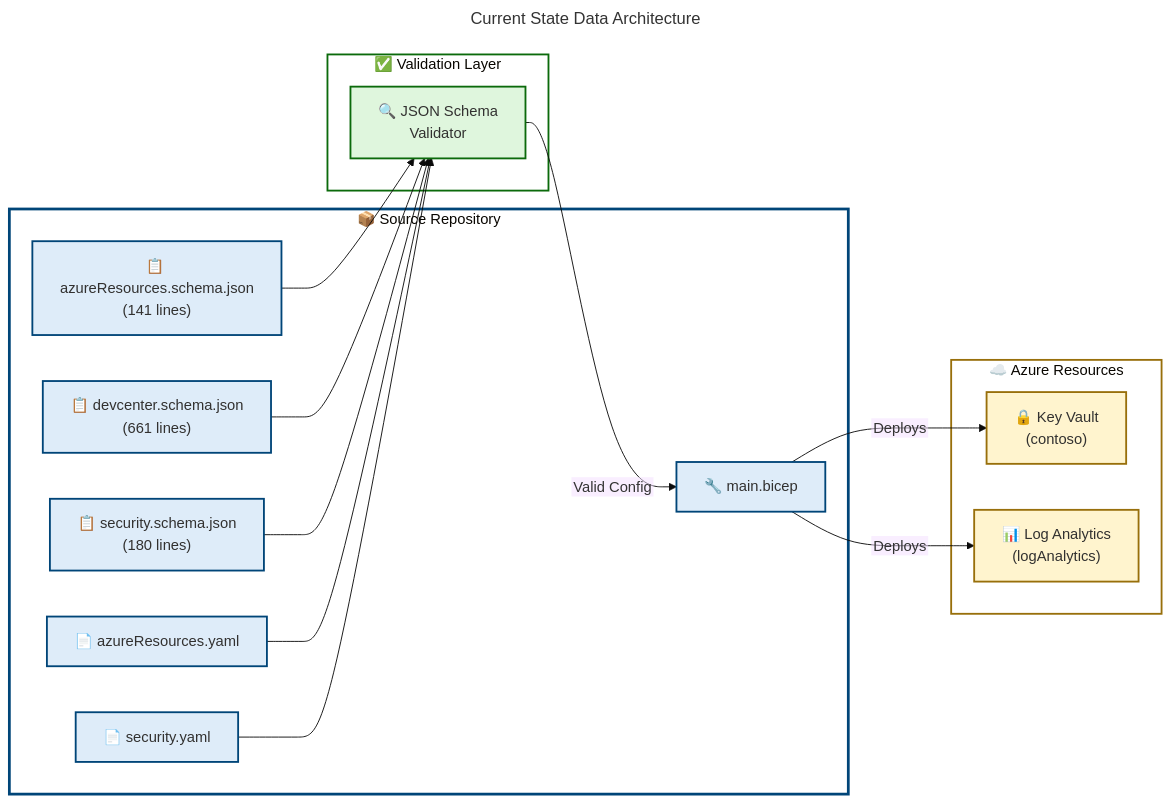
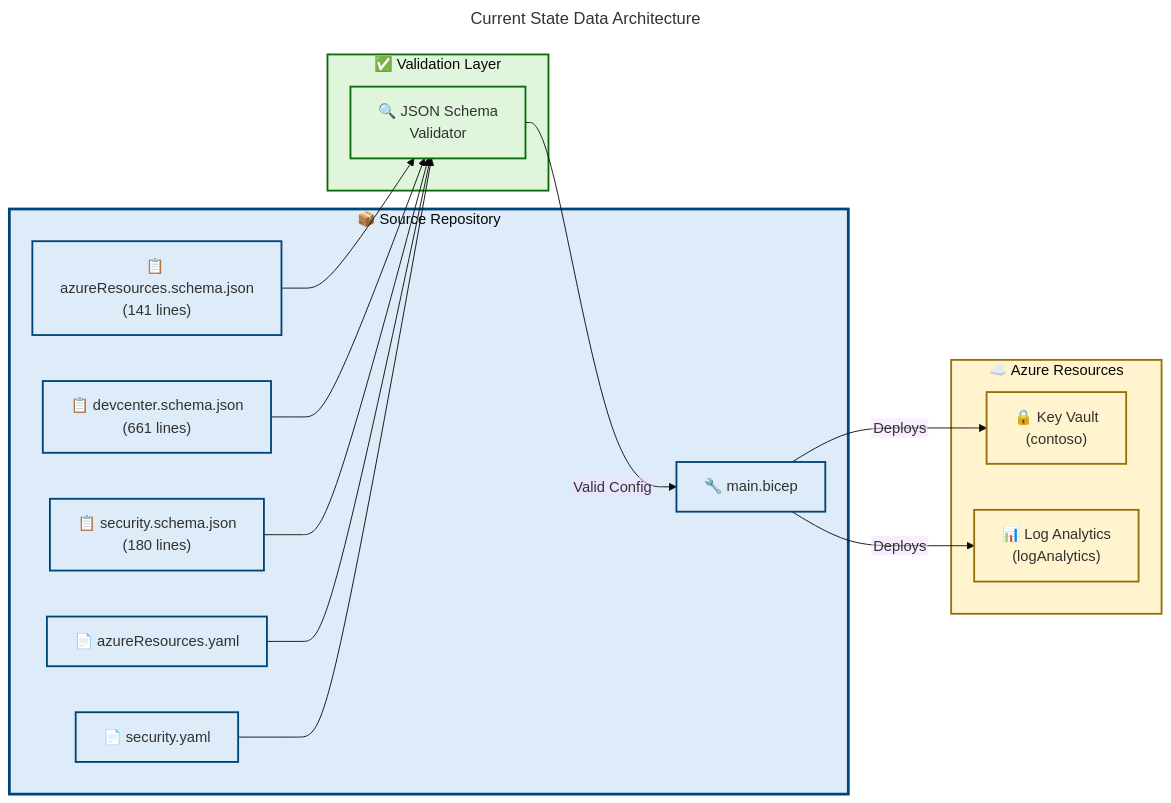
The third of 6 diagrams in docs/architecture/Data-Architecture.md (Evilazaro/DevExp-DevBox), drawn with Mermaid before and after one commit.

Commit message:
fix: update flowchart colors for improved semantic clarity in Data Architecture documentation

````diff
--- a/docs/architecture/Data-Architecture.md
+++ b/docs/architecture/Data-Architecture.md
@@ -312,79 +312,80 @@
 ```mermaid
 ---
 title: Current State Data Architecture
 config:
   theme: base
   themeVariables:
     fontSize: '16px'
   flowchart:
     htmlLabels: false
     curve: basis
     nodeSpacing: 50
     rankSpacing: 50
 ---
 flowchart LR
     accTitle: Current State Data Architecture Diagram
     accDescr: Comprehensive diagram showing current data architecture with source repository containing schemas and models, validation layer for schema validation, and Azure resources including Key Vault and Log Analytics with deployment relationships
 
     %% ═══════════════════════════════════════════════════════════════════════════
     %% AZURE / FLUENT ARCHITECTURE PATTERN v1.1
     %% (Semantic + Structural + Font + Accessibility Governance)
     %% ═══════════════════════════════════════════════════════════════════════════
     %% PHASE 1 - STRUCTURAL: LR direction explicit, 3 subgraphs representing layers
     %% PHASE 2 - SEMANTIC: 3 semantic colors with data flow justification:
     %%   azureBlue (#DEECF9) = source/configuration layer (information)
     %%   successGreen (#DFF6DD) = validation layer (quality gate)
     %%   sharedYellow (#FFF4CE) = Azure resources (deployment target)
     %% PHASE 3 - FONT: Dark text #323130 on light backgrounds (WCAG AA 4.5:1 contrast)
     %% PHASE 4 - ACCESSIBILITY: accTitle/accDescr present, all nodes have emoji icons
     %% PHASE 5 - STANDARD: 3 subgraphs at same level, semantic colors on content nodes
     %% ═══════════════════════════════════════════════════════════════════════════
 
     subgraph source["📦 Source Repository"]
         S1["📋 azureResources.schema.json<br/>(141 lines)"]:::azureBlue
         S2["📋 devcenter.schema.json<br/>(661 lines)"]:::azureBlue
         S3["📋 security.schema.json<br/>(180 lines)"]:::azureBlue
         M1["📄 azureResources.yaml"]:::azureBlue
         M2["📄 security.yaml"]:::azureBlue
         M3["🔧 main.bicep"]:::azureBlue
     end
 
     subgraph validation["✅ Validation Layer"]
         V1["🔍 JSON Schema<br/>Validator"]:::successGreen
     end
 
     subgraph azure["☁️ Azure Resources"]
         A1["🔒 Key Vault<br/>(contoso)"]:::sharedYellow
         A2["📊 Log Analytics<br/>(logAnalytics)"]:::sharedYellow
     end
 
     S1 --> V1
     S2 --> V1
     S3 --> V1
     M1 --> V1
     M2 --> V1
     V1 -->|Valid Config| M3
     M3 -->|Deploys| A1
     M3 -->|Deploys| A2
 
     %% Required classDef palette (ALL 14 - MANDATORY per MRM-D002)
     classDef level1Group fill:#FFFFFF,stroke:#605E5C,stroke-width:3px,color:#323130
     classDef level2Group fill:#F3F2F1,stroke:#605E5C,stroke-width:2px,color:#323130
     classDef level3Group fill:#E1DFDD,stroke:#605E5C,stroke-width:2px,color:#323130
     classDef level4Group fill:#D2D0CE,stroke:#605E5C,stroke-width:1px,color:#323130
     classDef mainGroup fill:#FFFFFF,stroke:#605E5C,stroke-width:3px,color:#323130
     classDef subGroup fill:#F3F2F1,stroke:#605E5C,stroke-width:2px,color:#323130
     classDef azureBlue fill:#DEECF9,stroke:#004578,stroke-width:2px,color:#323130
     classDef successGreen fill:#DFF6DD,stroke:#0B6A0B,stroke-width:2px,color:#323130
     classDef errorRed fill:#FDE7E9,stroke:#A4262C,stroke-width:2px,color:#323130
     classDef sharedYellow fill:#FFF4CE,stroke:#986F0B,stroke-width:2px,color:#323130
     classDef warningOrange fill:#FDE7E9,stroke:#8A3707,stroke-width:2px,color:#323130
     classDef neutralPurple fill:#E1DFDD,stroke:#5B5FC7,stroke-width:2px,color:#323130
     classDef presenceTeal fill:#C8F0E7,stroke:#00666B,stroke-width:2px,color:#323130
     classDef neutralGrey fill:#F3F2F1,stroke:#605E5C,stroke-width:2px,color:#323130
 
     %% Subgraph styling (3 subgraphs = 3 style directives)
-    style source fill:#FFFFFF,stroke:#004578,stroke-width:3px
-    style validation fill:#FFFFFF,stroke:#0B6A0B,stroke-width:2px
-    style azure fill:#FFFFFF,stroke:#986F0B,stroke-width:2px
+    %% CRITICAL: Functional siblings use semantic colors matching content purpose
+    style source fill:#DEECF9,stroke:#004578,stroke-width:3px
+    style validation fill:#DFF6DD,stroke:#0B6A0B,stroke-width:2px
+    style azure fill:#FFF4CE,stroke:#986F0B,stroke-width:2px
 ```
````
